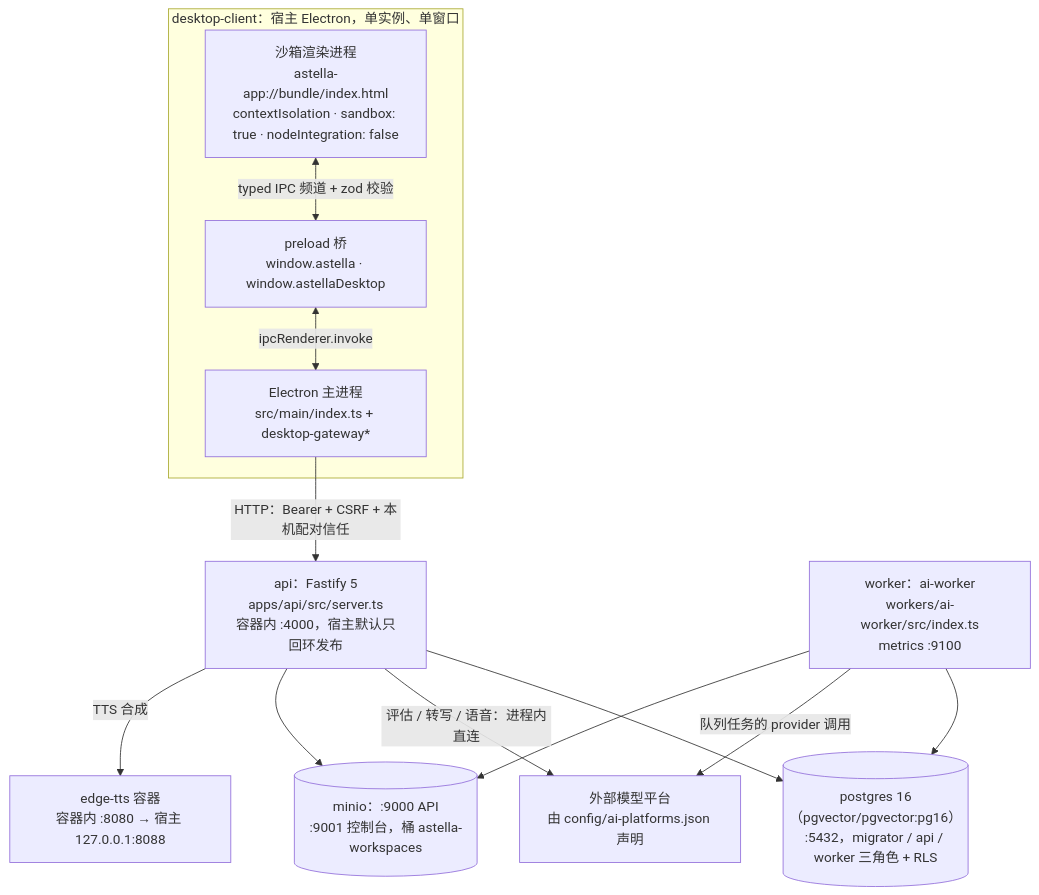
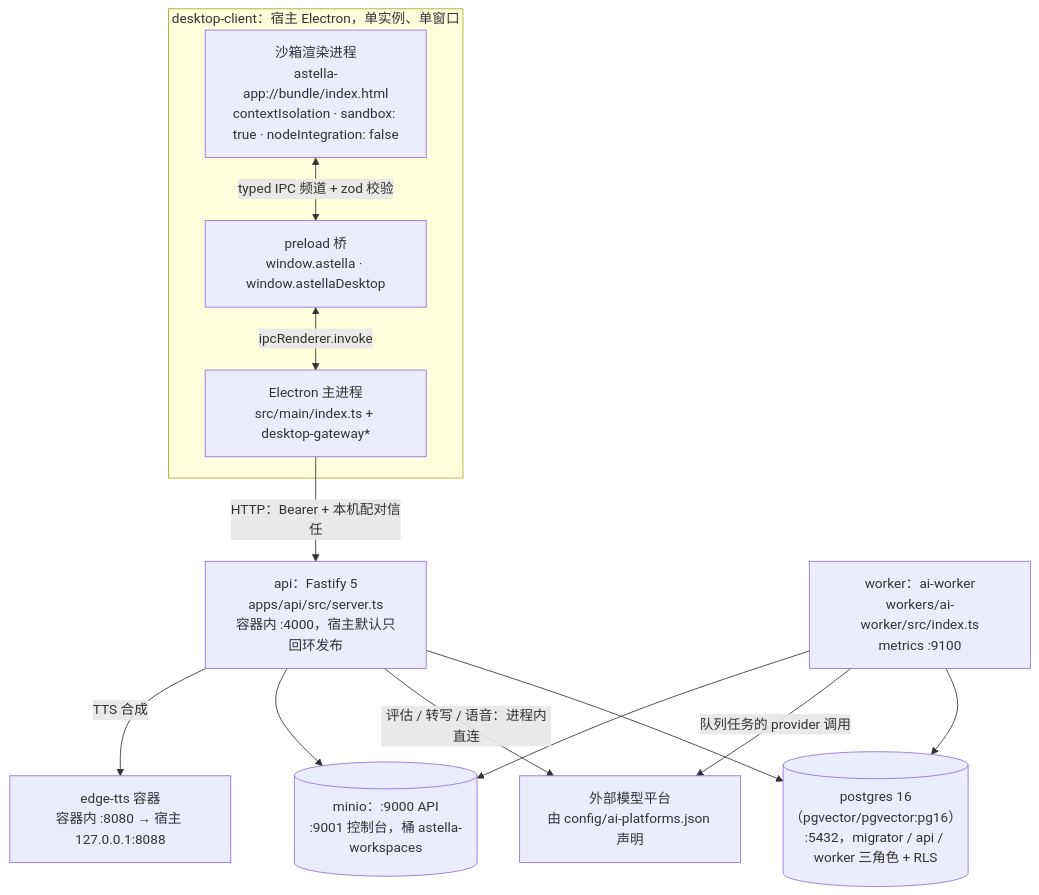
Before and after one commit to asklins223/Astella: the first of 2 diagrams in docs/guide/zh/architecture.md, drawn with Mermaid. The commit also changed other lines of this file and 20 other files, not shown here.

````diff
--- a/docs/guide/zh/architecture.md
+++ b/docs/guide/zh/architecture.md
@@ -24,26 +24,26 @@
 ```mermaid
 flowchart TB
   subgraph client["desktop-client：宿主 Electron，单实例、单窗口"]
     REN["沙箱渲染进程<br/>astella-app://bundle/index.html<br/>contextIsolation · sandbox: true · nodeIntegration: false"]
     PRE["preload 桥<br/>window.astella · window.astellaDesktop"]
     MAIN["Electron 主进程<br/>src/main/index.ts + desktop-gateway*"]
     REN <-->|"typed IPC 频道 + zod 校验"| PRE
     PRE <-->|"ipcRenderer.invoke"| MAIN
   end
 
   API["api：Fastify 5<br/>apps/api/src/server.ts<br/>容器内 :4000，宿主默认只回环发布"]
   WK["worker：ai-worker<br/>workers/ai-worker/src/index.ts<br/>metrics :9100"]
   PG[("postgres 16（pgvector/pgvector:pg16）<br/>:5432，migrator / api / worker 三角色 + RLS")]
   MINIO[("minio：:9000 API<br/>:9001 控制台，桶 astella-workspaces")]
   TTS["edge-tts 容器<br/>容器内 :8080 → 宿主 127.0.0.1:8088"]
   LLM["外部模型平台<br/>由 config/ai-platforms.json 声明"]
 
-  MAIN -->|"HTTP：Bearer + CSRF + 本机配对信任"| API
+  MAIN -->|"HTTP：Bearer + 本机配对信任"| API
   API --> PG
   WK --> PG
   API -->|"评估 / 转写 / 语音：进程内直连"| LLM
   WK -->|"队列任务的 provider 调用"| LLM
   API --> MINIO
   WK --> MINIO
   API -->|"TTS 合成"| TTS
 ```
````
